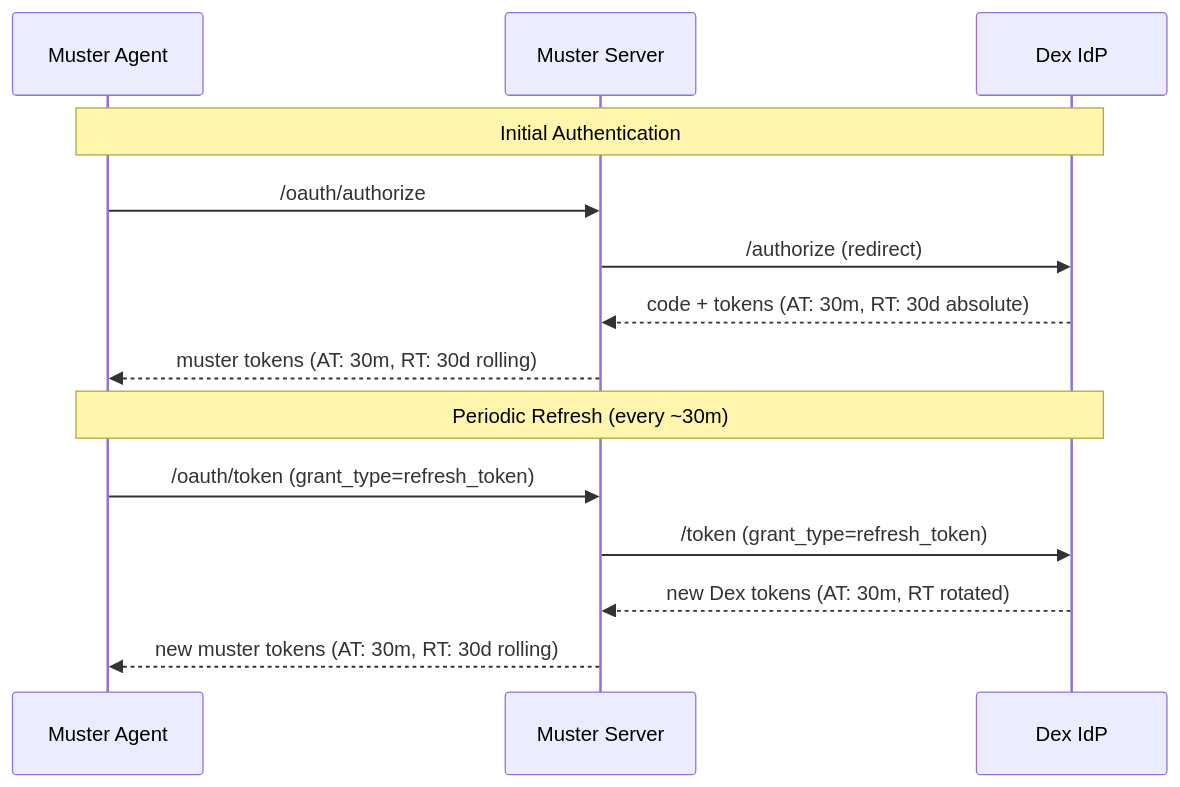
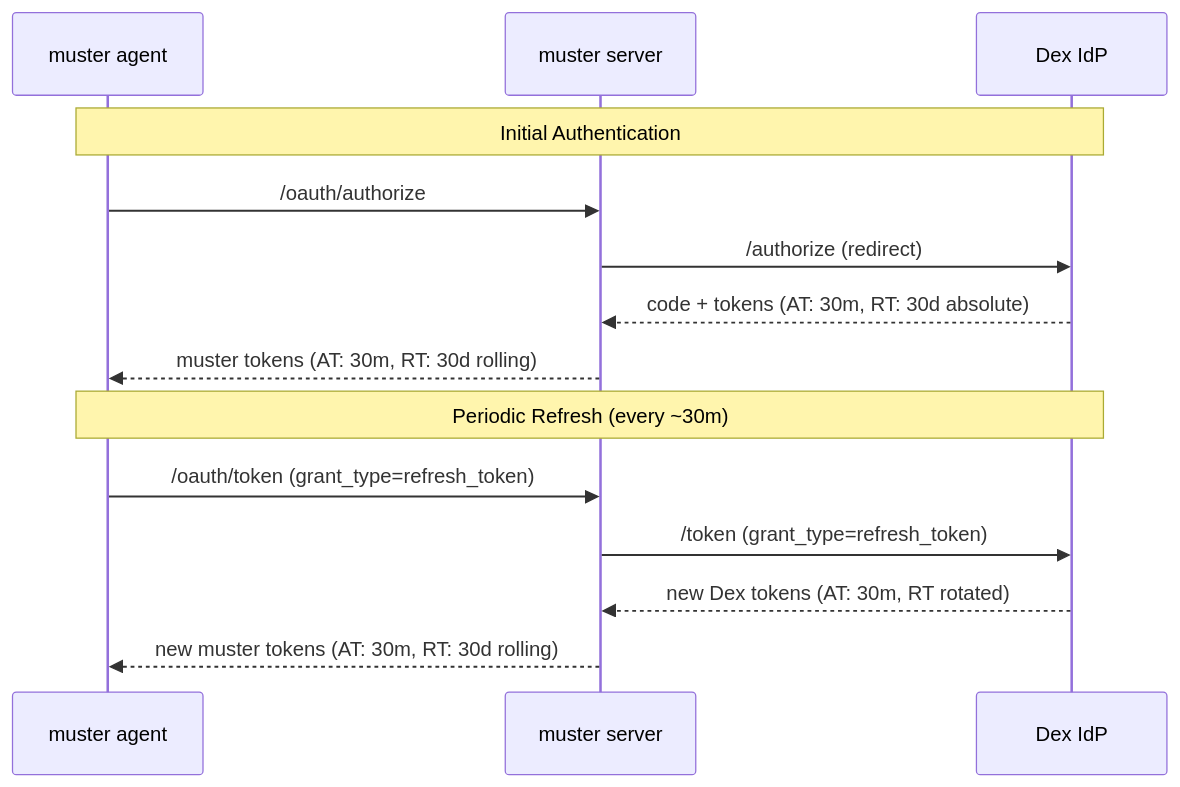
The diagram in docs/operations/security.md (giantswarm/muster), drawn with Mermaid before and after one commit. The commit also changed other lines of this file and 129 other files, not shown here.

````diff
--- a/docs/operations/security.md
+++ b/docs/operations/security.md
@@ -15,18 +15,18 @@
 ```mermaid
 sequenceDiagram
-    participant Agent as Muster Agent
-    participant Muster as Muster Server
+    participant Agent as muster agent
+    participant muster as muster server
     participant Dex as Dex IdP
 
     Note over Agent,Dex: Initial Authentication
-    Agent->>Muster: /oauth/authorize
-    Muster->>Dex: /authorize (redirect)
-    Dex-->>Muster: code + tokens (AT: 30m, RT: 30d absolute)
-    Muster-->>Agent: muster tokens (AT: 30m, RT: 30d rolling)
+    Agent->>muster: /oauth/authorize
+    muster->>Dex: /authorize (redirect)
+    Dex-->>muster: code + tokens (AT: 30m, RT: 30d absolute)
+    muster-->>Agent: muster tokens (AT: 30m, RT: 30d rolling)
 
     Note over Agent,Dex: Periodic Refresh (every ~30m)
-    Agent->>Muster: /oauth/token (grant_type=refresh_token)
-    Muster->>Dex: /token (grant_type=refresh_token)
-    Dex-->>Muster: new Dex tokens (AT: 30m, RT rotated)
-    Muster-->>Agent: new muster tokens (AT: 30m, RT: 30d rolling)
+    Agent->>muster: /oauth/token (grant_type=refresh_token)
+    muster->>Dex: /token (grant_type=refresh_token)
+    Dex-->>muster: new Dex tokens (AT: 30m, RT rotated)
+    muster-->>Agent: new muster tokens (AT: 30m, RT: 30d rolling)
 ```
````
